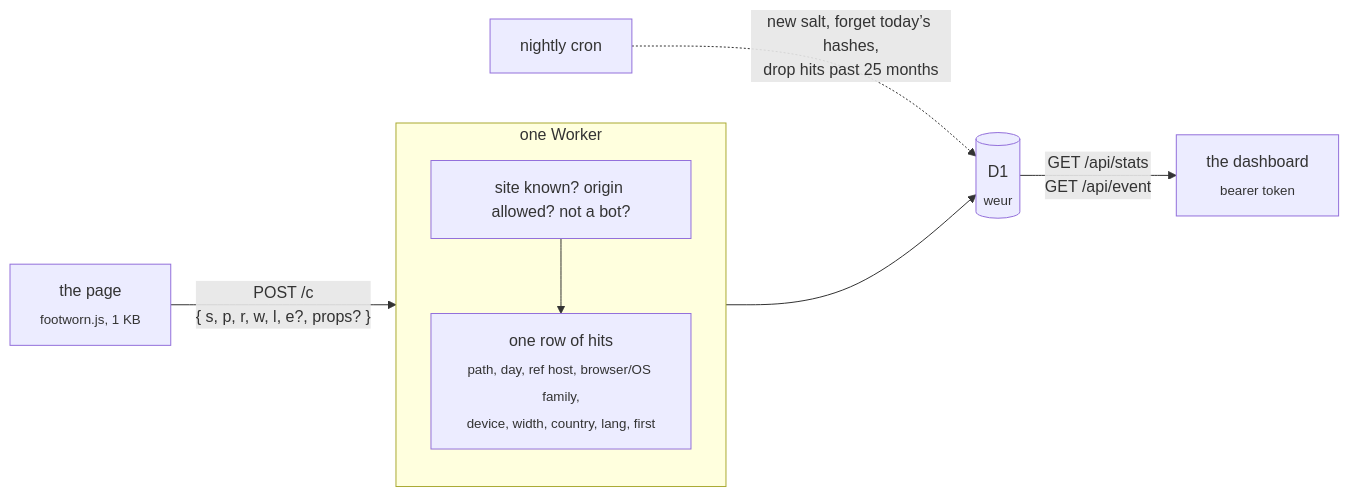
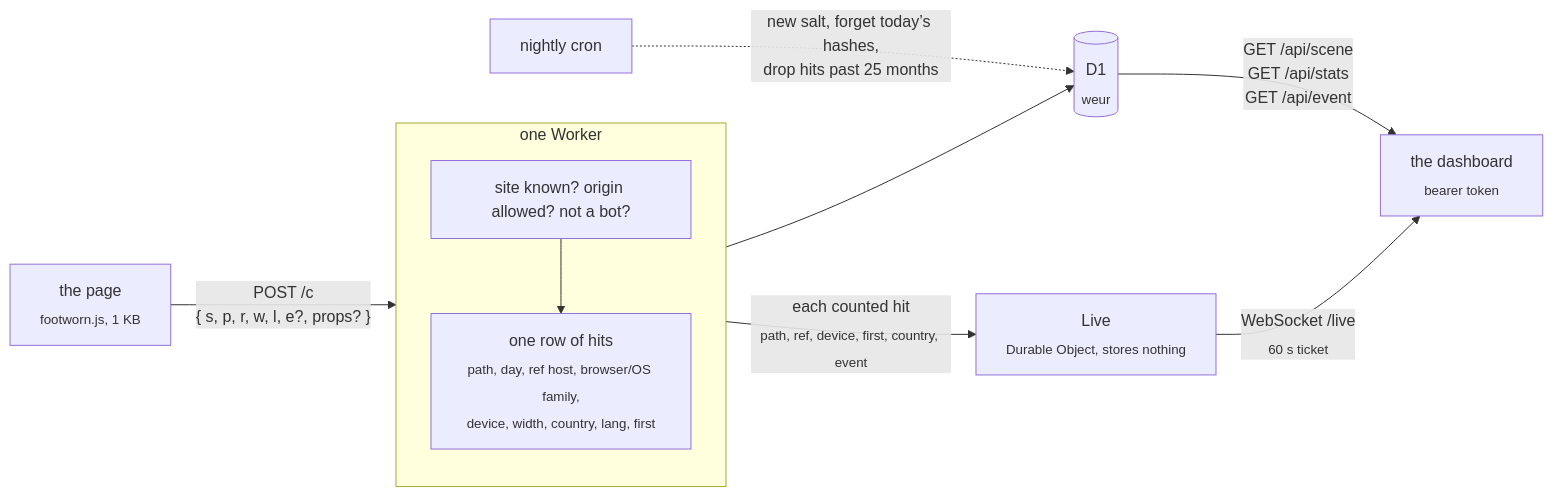
Before and after one commit to betorzdev/footworn: the diagram in README.md, drawn with Mermaid. The commit also changed other lines of this file and 30 other files, not shown here.

Commit message:
feat: snowfield dashboard with live footprints

````diff
--- a/README.md
+++ b/README.md
@@ -90,11 +97,13 @@
 ```mermaid
 flowchart LR
   page["the page<br><sub>footworn.js, 1 KB</sub>"] -- "POST /c<br>{ s, p, r, w, l, e?, props? }" --> worker
   subgraph worker["one Worker"]
     direction TB
     check["site known? origin allowed? not a bot?"] --> row["one row of hits<br><sub>path, day, ref host, browser/OS family,<br>device, width, country, lang, first</sub>"]
   end
   worker --> d1[("D1<br><sub>weur</sub>")]
-  d1 -- "GET /api/stats<br>GET /api/event" --> dash["the dashboard<br><sub>bearer token</sub>"]
+  d1 -- "GET /api/scene<br>GET /api/stats<br>GET /api/event" --> dash["the dashboard<br><sub>bearer token</sub>"]
+  worker -- "each counted hit<br><sub>path, ref, device, first, country, event</sub>" --> live["Live<br><sub>Durable Object, stores nothing</sub>"]
+  live -- "WebSocket /live<br><sub>60 s ticket</sub>" --> dash
   cron["nightly cron"] -. "new salt, forget today’s hashes,<br>drop hits past 25 months" .-> d1
 ```
````
